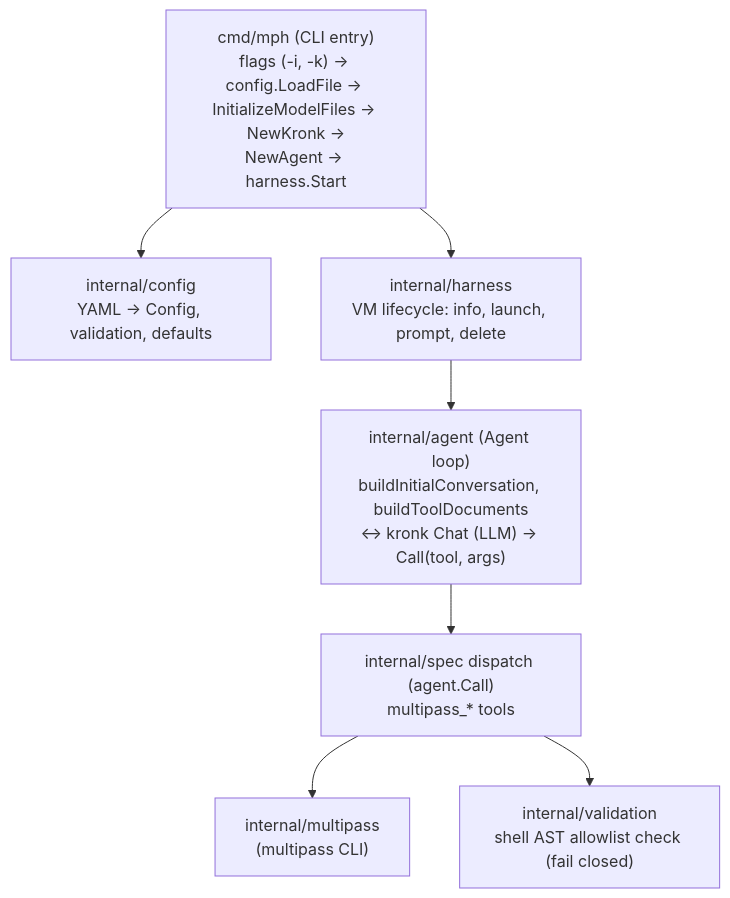
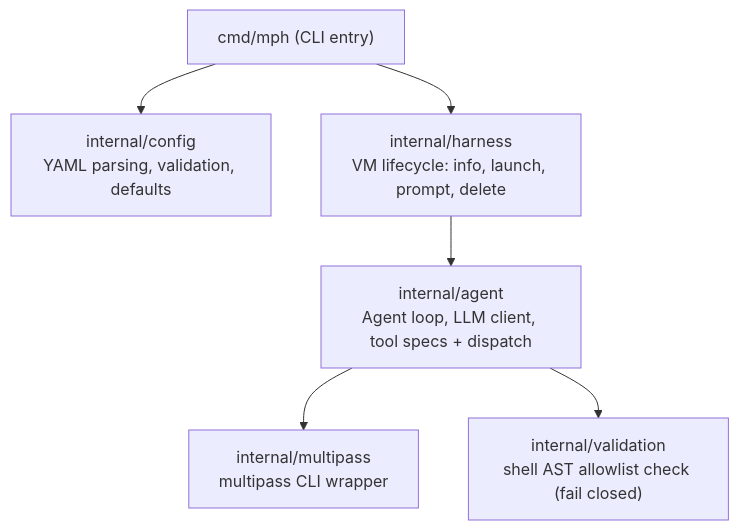
One commit to trollLemon/MPHarness changed the first of 2 diagrams in docs/reference/arch.md. Above: the diagram before and after it, drawn with Mermaid. The commit also changed other lines of this file and 8 other files, not shown here.

````diff
--- a/docs/reference/arch.md
+++ b/docs/reference/arch.md
@@ -11,17 +11,15 @@
 ```mermaid
 flowchart TD
-    CLI["cmd/mph (CLI entry)<br/>flags (-i, -k) -> config.LoadFile -> InitializeModelFiles -> NewKronk -><br/>NewAgent -> harness.Start"]
-    CONF["internal/config<br/>YAML -> Config, validation, defaults"]
-    AGENT["internal/agent (Agent loop)<br/>buildInitialConversation, buildToolDocuments<br/><-> kronk Chat (LLM) -> Call(tool, args)"]
+    CLI["cmd/mph (CLI entry)"]
+    CONF["internal/config<br/>YAML parsing, validation, defaults"]
+    AGENT["internal/agent<br/>Agent loop, LLM client, tool specs + dispatch"]
     HARNESS["internal/harness<br/>VM lifecycle: info, launch, prompt, delete"]
-    DISPATCH["internal/spec dispatch (agent.Call)<br/>multipass_* tools"]
-    MULTIPASS["internal/multipass<br/>(multipass CLI)"]
+    MULTIPASS["internal/multipass<br/>multipass CLI wrapper"]
     VALIDATE["internal/validation<br/>shell AST allowlist check (fail closed)"]
 
     CLI --> CONF
     CLI --> HARNESS
     HARNESS --> AGENT
-    AGENT --> DISPATCH
-    DISPATCH --> MULTIPASS
-    DISPATCH --> VALIDATE
+    AGENT --> MULTIPASS
+    AGENT --> VALIDATE
 ```
````
